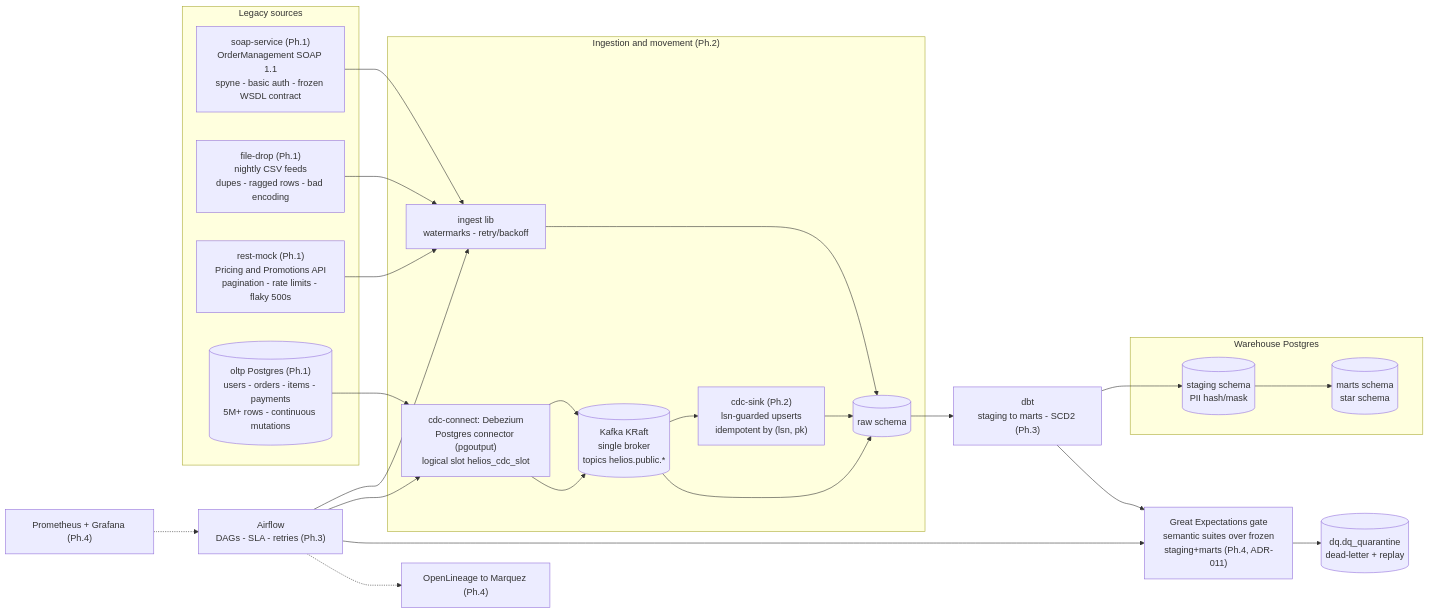
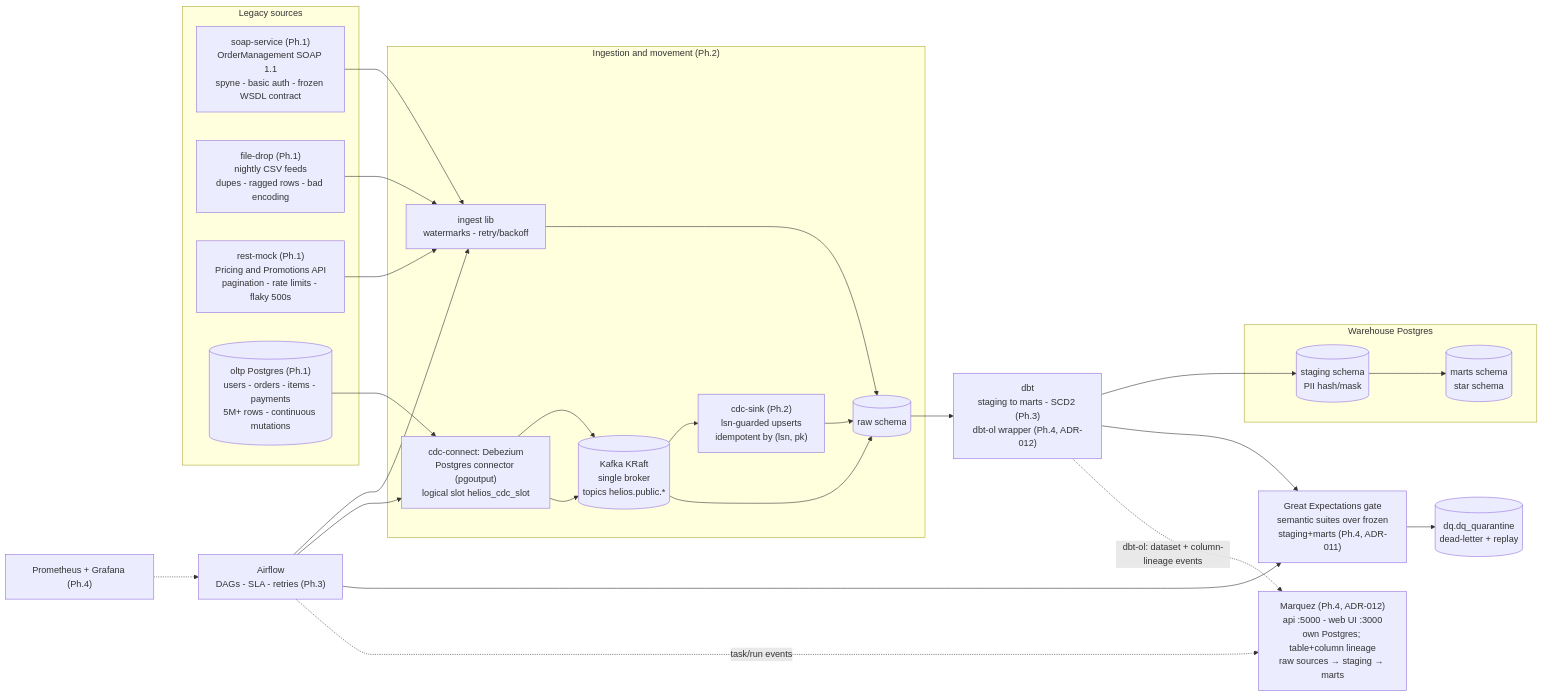
One commit to xenoaitham/helios changed the diagram in README.md. Above: the diagram before and after it, drawn with Mermaid. The commit also changed other lines of this file and 10 other files, not shown here.

````diff
--- a/README.md
+++ b/README.md
@@ -58,44 +75,45 @@
 ```mermaid
 flowchart LR
     subgraph SRC["Legacy sources"]
         SOAP["soap-service (Ph.1)<br/>OrderManagement SOAP 1.1<br/>spyne - basic auth - frozen WSDL contract"]
         FF["file-drop (Ph.1)<br/>nightly CSV feeds<br/>dupes - ragged rows - bad encoding"]
         REST["rest-mock (Ph.1)<br/>Pricing and Promotions API<br/>pagination - rate limits - flaky 500s"]
         OLTP[("oltp Postgres (Ph.1)<br/>users - orders - items - payments<br/>5M+ rows - continuous mutations")]
     end
 
     subgraph MOVE["Ingestion and movement (Ph.2)"]
         DEB["cdc-connect: Debezium<br/>Postgres connector (pgoutput)<br/>logical slot helios_cdc_slot"]
         KAFKA[("Kafka KRaft<br/>single broker<br/>topics helios.public.*")]
         SINK["cdc-sink (Ph.2)<br/>lsn-guarded upserts<br/>idempotent by (lsn, pk)"]
         ING["ingest lib<br/>watermarks - retry/backoff"]
         DEB --> KAFKA --> SINK --> RAW
     end
 
     subgraph WH["Warehouse Postgres"]
         RAW[("raw schema")]
         STG[("staging schema<br/>PII hash/mask")]
         MART[("marts schema<br/>star schema")]
     end
 
     ORCH["Airflow<br/>DAGs - SLA - retries (Ph.3)"]
-    DBT["dbt<br/>staging to marts - SCD2 (Ph.3)"]
+    DBT["dbt<br/>staging to marts - SCD2 (Ph.3)<br/>dbt-ol wrapper (Ph.4, ADR-012)"]
     GE["Great Expectations gate<br/>semantic suites over frozen<br/>staging+marts (Ph.4, ADR-011)"]
     DQ[("dq.dq_quarantine<br/>dead-letter + replay")]
-    LIN["OpenLineage to Marquez (Ph.4)"]
+    LIN["Marquez (Ph.4, ADR-012)<br/>api :5000 - web UI :3000<br/>own Postgres; table+column lineage<br/>raw sources → staging → marts"]
     PROM["Prometheus + Grafana (Ph.4)"]
 
     SOAP --> ING
     FF --> ING
     REST --> ING
     ING --> RAW
     OLTP --> DEB --> KAFKA --> RAW
     ORCH --> ING
     ORCH --> DEB
     RAW --> DBT --> STG --> MART
     DBT --> GE
     GE --> DQ
     ORCH --> GE
-    ORCH -.-> LIN
+    ORCH -.->|task/run events| LIN
+    DBT -.->|dbt-ol: dataset + column-lineage events| LIN
     PROM -.-> ORCH
 ```
````
